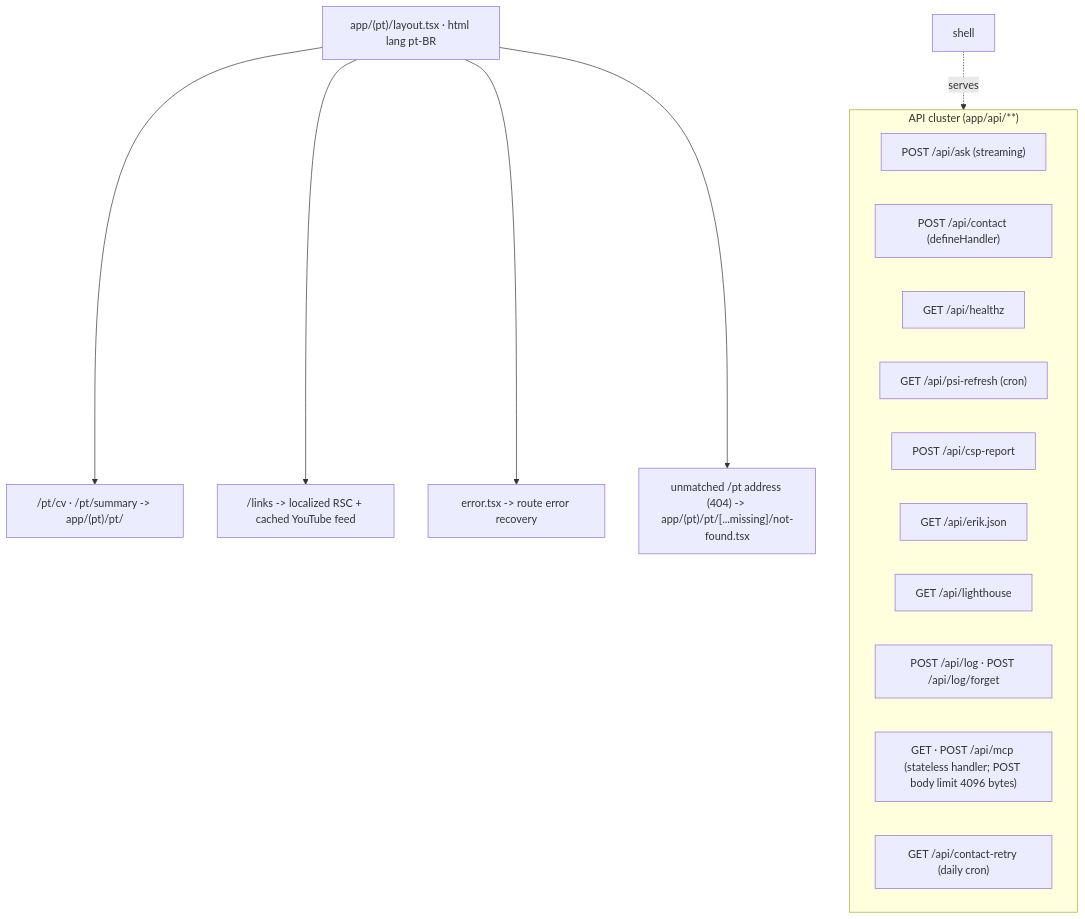
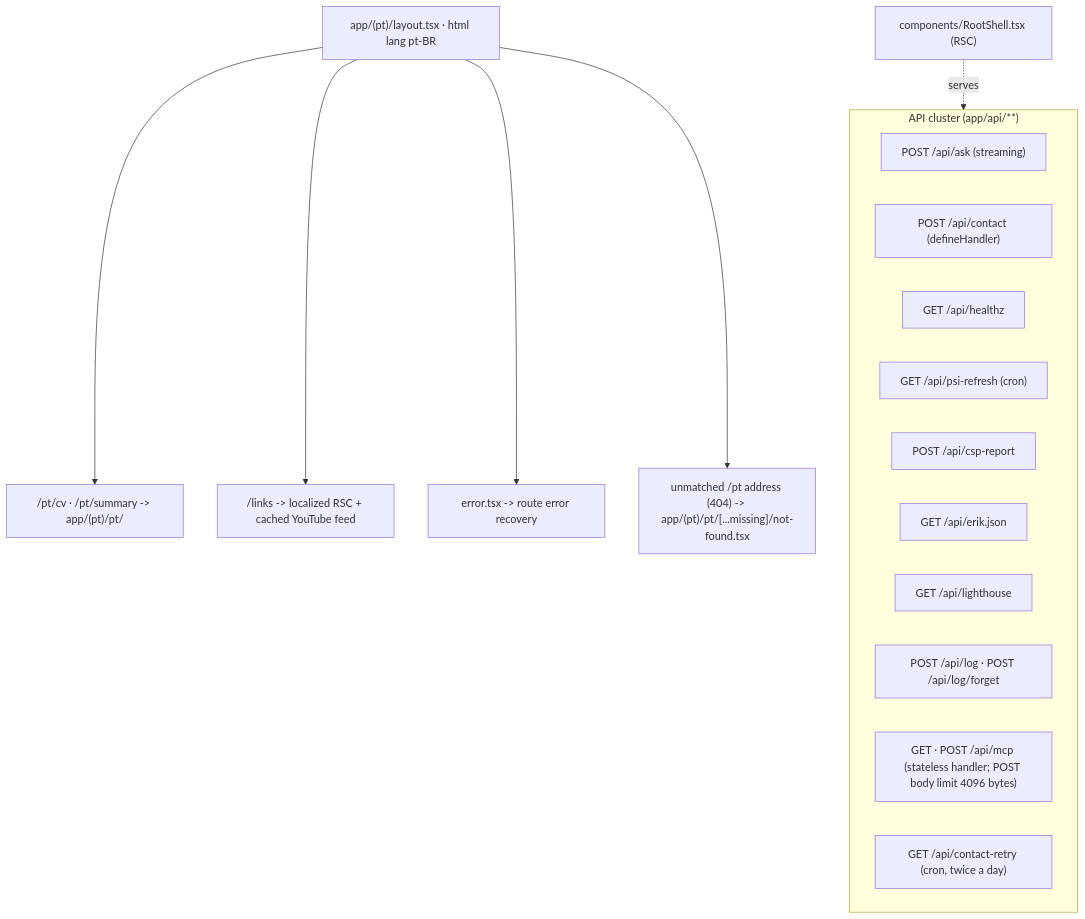
One commit to erikunha/portfolio changed the third of 14 diagrams in docs/03-rendering-and-data-flow.md. Above: the diagram before and after it, drawn with Mermaid. The commit also changed other lines of this file and 507 other files, not shown here.

````diff
--- a/docs/03-rendering-and-data-flow.md
+++ b/docs/03-rendering-and-data-flow.md
@@ -50,21 +50,21 @@
 ```mermaid
 flowchart TD
     layoutPt["app/(pt)/layout.tsx · html lang pt-BR"]
     layoutPt --> ptReading["/pt/cv · /pt/summary -> app/(pt)/pt/"]
     layoutPt --> linksPt["/links -> localized RSC + cached YouTube feed"]
     layoutPt --> errorsPt["error.tsx -> route error recovery"]
     layoutPt --> nfPt["unmatched /pt address (404) -> app/(pt)/pt/[...missing]/not-found.tsx"]
-    shell -.serves.-> api
+    shell["components/RootShell.tsx (RSC)"] -.serves.-> api
     subgraph api["API cluster (app/api/**)"]
     api1["POST /api/ask (streaming)"]
     api2["POST /api/contact (defineHandler)"]
     api3["GET /api/healthz"]
     api4["GET /api/psi-refresh (cron)"]
     api5["POST /api/csp-report"]
     api6["GET /api/erik.json"]
     api7["GET /api/lighthouse"]
     api8["POST /api/log · POST /api/log/forget"]
     api9["GET · POST /api/mcp (stateless handler; POST body limit 4096 bytes)"]
-    api10["GET /api/contact-retry (daily cron)"]
+    api10["GET /api/contact-retry (cron, twice a day)"]
     end
 ```
````
